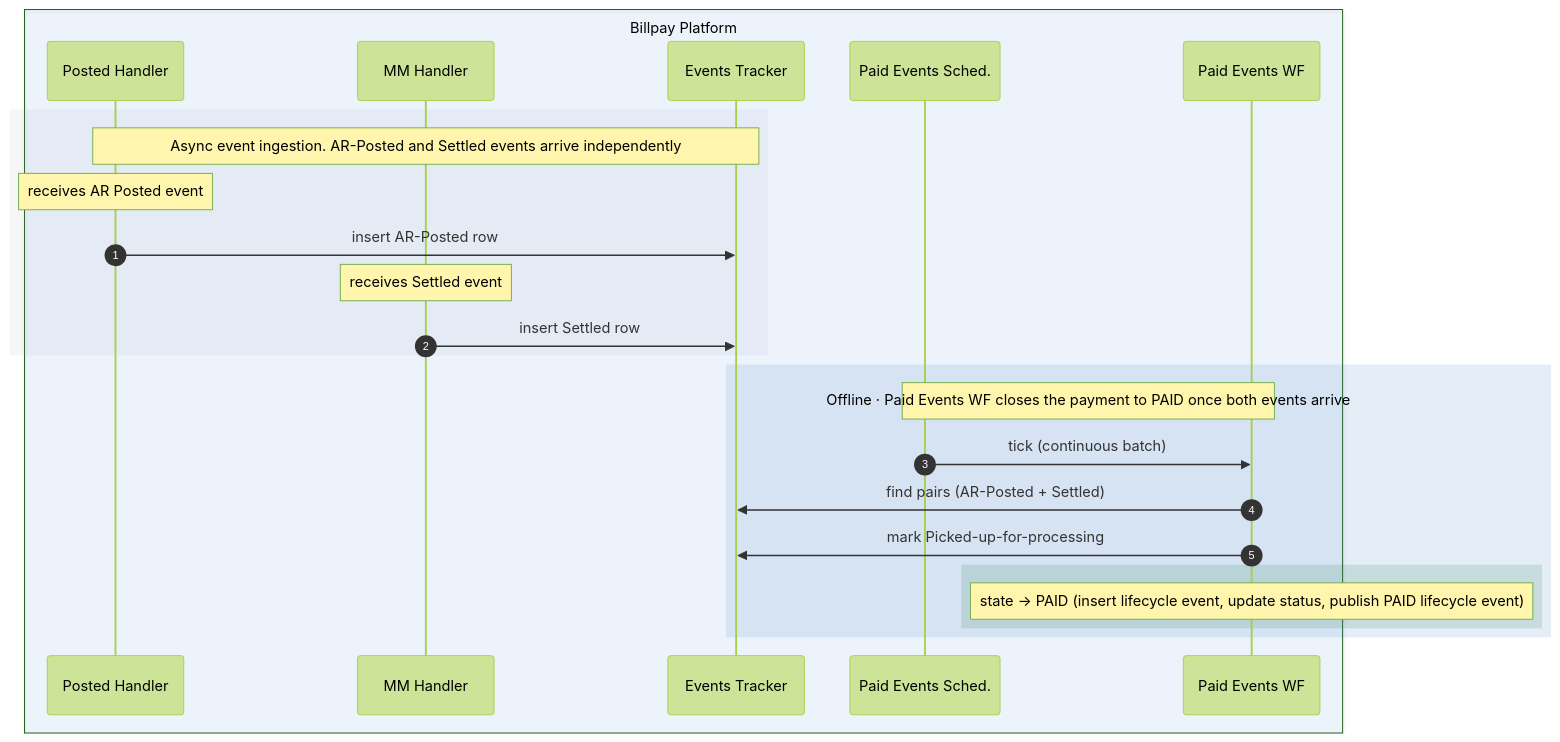
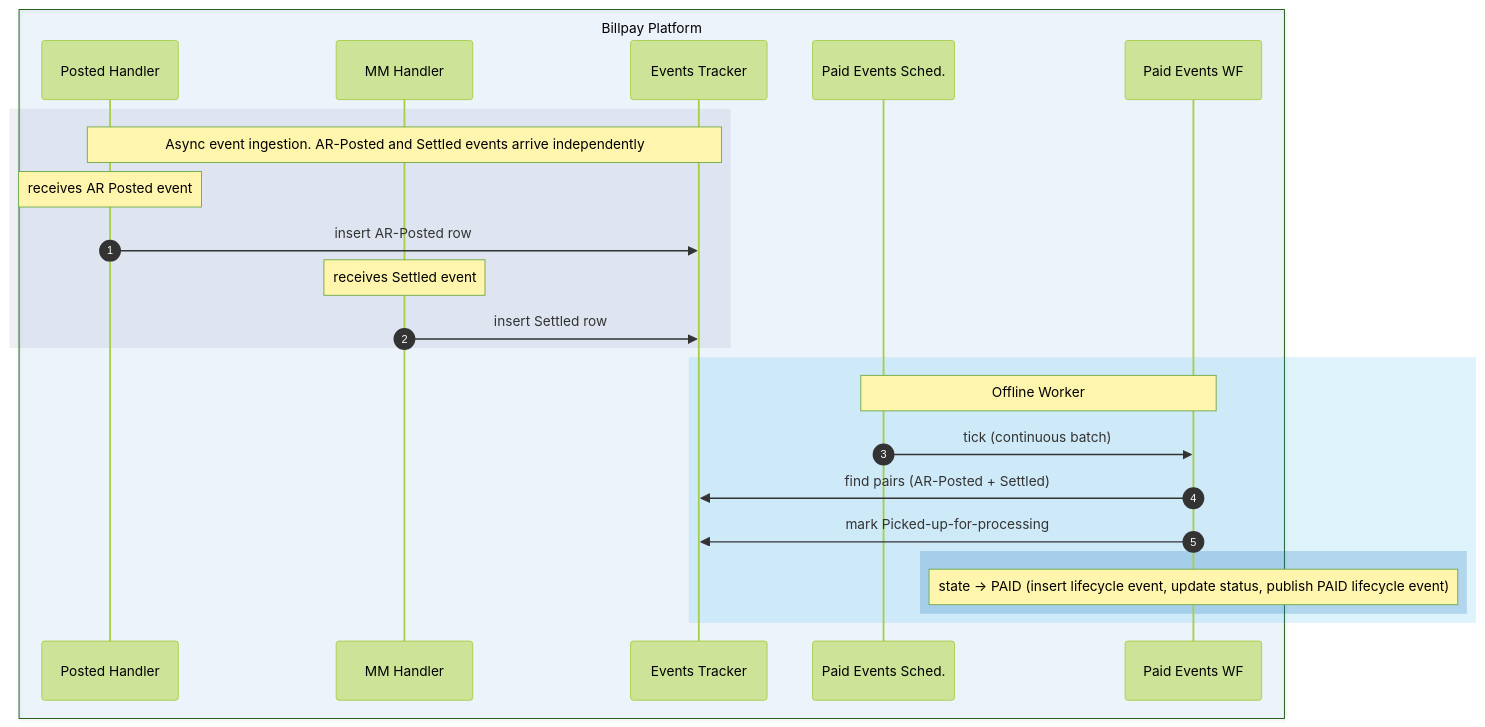
Before and after one commit to arunav-bhattacharya/billpay-book: the tenth of 12 diagrams in website/docs/design/diagrams/sequence-diagram.md, drawn with Mermaid (forest theme). The commit also changed other lines of this file and 63 other files, not shown here.

First line of the commit message:
Redraw the sequence diagrams in Amex blue, and make them readable

````diff
--- a/website/docs/design/diagrams/sequence-diagram.md
+++ b/website/docs/design/diagrams/sequence-diagram.md
@@ -662,30 +755,38 @@
 ```mermaid
+---
+# Sans, not the site's mono: it reads better at this size and lays out about
+# 20% narrower. It has to be declared per diagram because Mermaid's global
+# fontFamily is mono for the state diagrams and overrides sequence.*FontFamily.
+config:
+  fontFamily: "BentonSansUI, Helvetica, Arial, sans-serif"
+  fontSize: 15
+---
 sequenceDiagram
   autonumber
 
   box rgba(1,111,208,0.06) Billpay Platform
     participant PPH as Posted Handler
     participant MMH as MM Handler
     participant TRK as Events Tracker
     participant SCH as Paid Events Sched.
     participant PEP as Paid Events WF
   end
 
-  rect rgba(148,163,184,0.10)
+  rect rgba(90,112,145,0.10)
     Note over PPH,TRK: Async event ingestion. AR-Posted and Settled events arrive independently
     Note over PPH: receives AR Posted event
     PPH->>TRK: insert AR-Posted row
     Note over MMH: receives Settled event
     MMH->>TRK: insert Settled row
   end
 
-  rect rgba(1,91,179,0.10)
-    Note over SCH,PEP: Offline · Paid Events WF closes the payment to PAID once both events arrive
+  rect rgba(0,163,224,0.13)
+    Note over SCH,PEP: Offline Worker
     SCH->>PEP: tick (continuous batch)
     PEP->>TRK: find pairs (AR-Posted + Settled)
     PEP->>TRK: mark Picked-up-for-processing
-    rect rgba(47,125,84,0.16)
+    rect rgba(0,98,182,0.20)
       Note over PEP: state → PAID (insert lifecycle event, update status, publish PAID lifecycle event)
     end
   end
 ```
````
